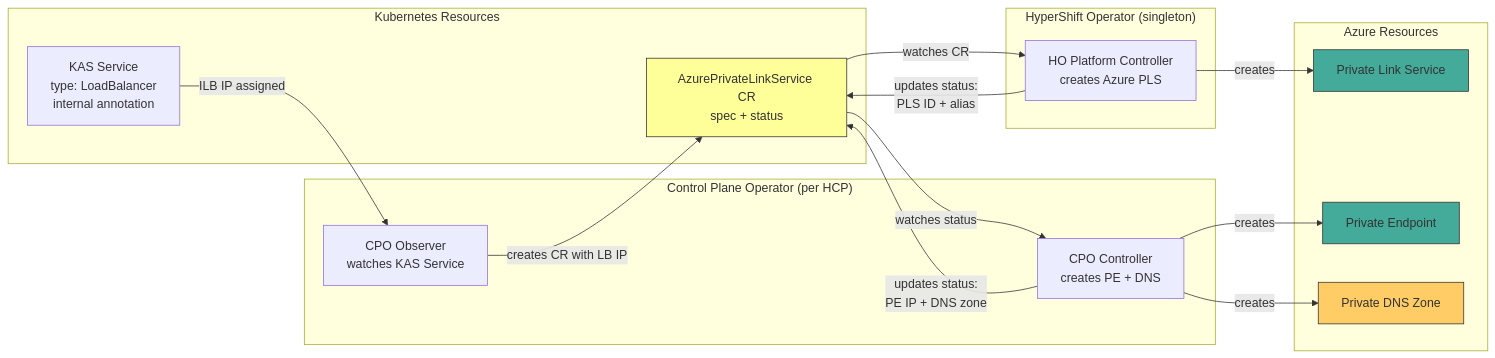
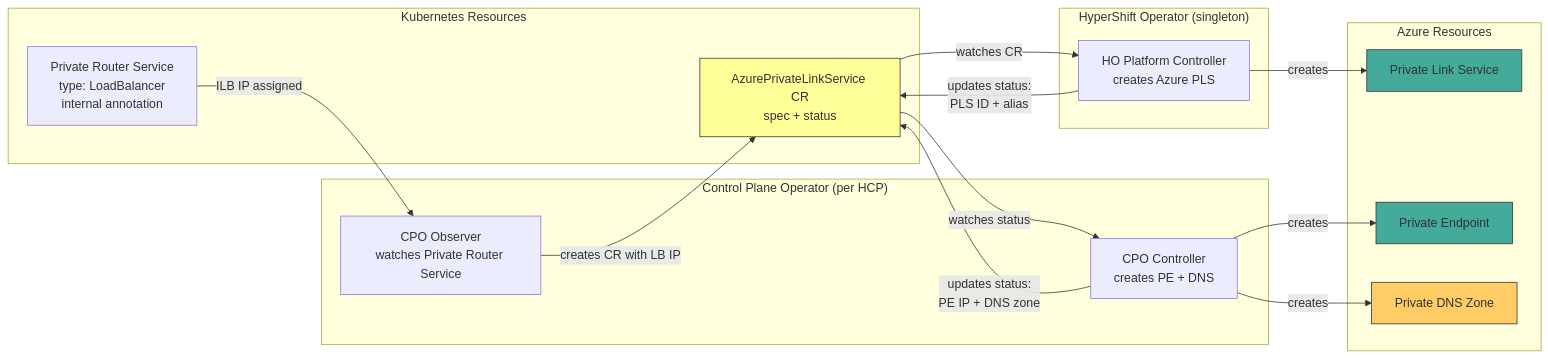
One commit to openshift/enhancements changed the third of 3 diagrams in enhancements/hypershift/azure-private-topology.md. Above: the diagram before and after it, drawn with Mermaid. The commit also changed other lines of this file, not shown here.

First line of the commit message:
Address review: KAS via Route, mutable endpointAccess

````diff
--- a/enhancements/hypershift/azure-private-topology.md
+++ b/enhancements/hypershift/azure-private-topology.md
@@ -369,37 +382,37 @@
 ```mermaid
 graph LR
     subgraph "Control Plane Operator (per HCP)"
-        OBS[CPO Observer<br/>watches KAS Service]
+        OBS[CPO Observer<br/>watches Private Router Service]
         CTRL[CPO Controller<br/>creates PE + DNS]
     end
 
     subgraph "HyperShift Operator (singleton)"
         HO[HO Platform Controller<br/>creates Azure PLS]
     end
 
     subgraph "Kubernetes Resources"
-        SVC[KAS Service<br/>type: LoadBalancer<br/>internal annotation]
+        SVC[Private Router Service<br/>type: LoadBalancer<br/>internal annotation]
         CR[AzurePrivateLinkService CR<br/>spec + status]
     end
 
     subgraph "Azure Resources"
         APLSS[Private Link Service]
         APES[Private Endpoint]
         ADNS[Private DNS Zone]
     end
 
     SVC -->|ILB IP assigned| OBS
     OBS -->|creates CR with LB IP| CR
     CR -->|watches CR| HO
     HO -->|creates| APLSS
     HO -->|updates status:<br/>PLS ID + alias| CR
     CR -->|watches status| CTRL
     CTRL -->|creates| APES
     CTRL -->|creates| ADNS
     CTRL -->|updates status:<br/>PE IP + DNS zone| CR
 
     style CR fill:#ff9,stroke:#333
     style APLSS fill:#4a9,stroke:#333
     style APES fill:#4a9,stroke:#333
     style ADNS fill:#fc6,stroke:#333
 ```
````
